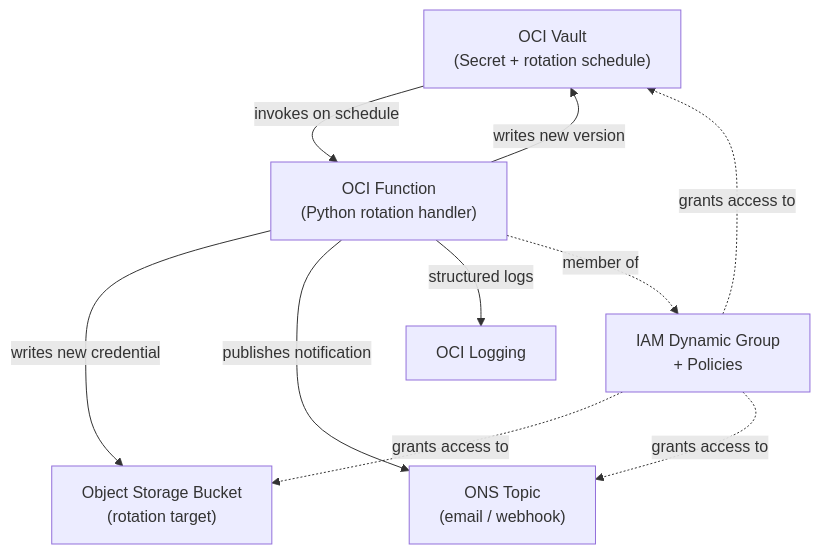
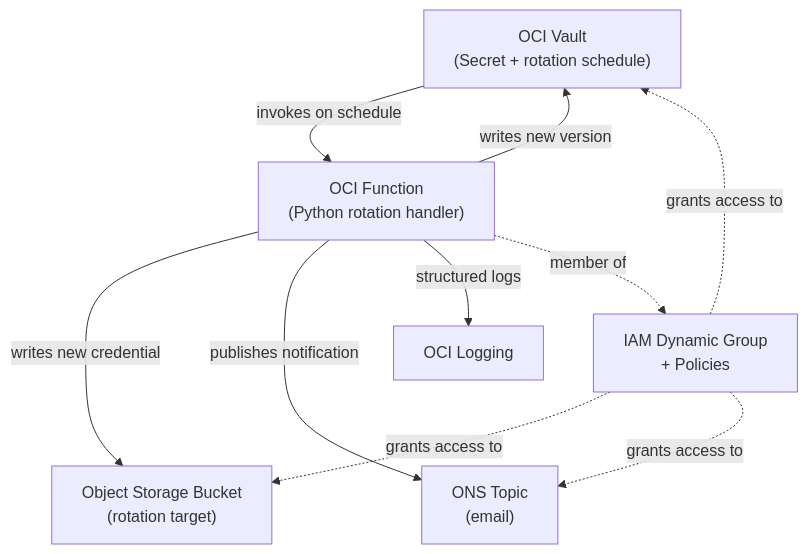
The diagram in README.md (perspectivism/oci-secret-rotation), drawn with Mermaid before and after one commit. The commit also changed 6 other files, not shown here.

````diff
--- a/README.md
+++ b/README.md
@@ -11,19 +11,19 @@
 ```mermaid
 graph TD
     VS["OCI Vault<br/>(Secret + rotation schedule)"]
     FN["OCI Function<br/>(Python rotation handler)"]
     OS["Object Storage Bucket<br/>(rotation target)"]
     LG["OCI Logging"]
-    ONS["ONS Topic<br/>(email / webhook)"]
+    ONS["ONS Topic<br/>(email)"]
     DG["IAM Dynamic Group<br/>+ Policies"]
 
     VS -- "invokes on schedule" --> FN
     FN -- "writes new credential" --> OS
     FN -- "writes new version" --> VS
     FN -- "publishes notification" --> ONS
     FN -- "structured logs" --> LG
     FN -. "member of" .-> DG
     DG -. "grants access to" .-> VS
     DG -. "grants access to" .-> OS
     DG -. "grants access to" .-> ONS
 ```
````
